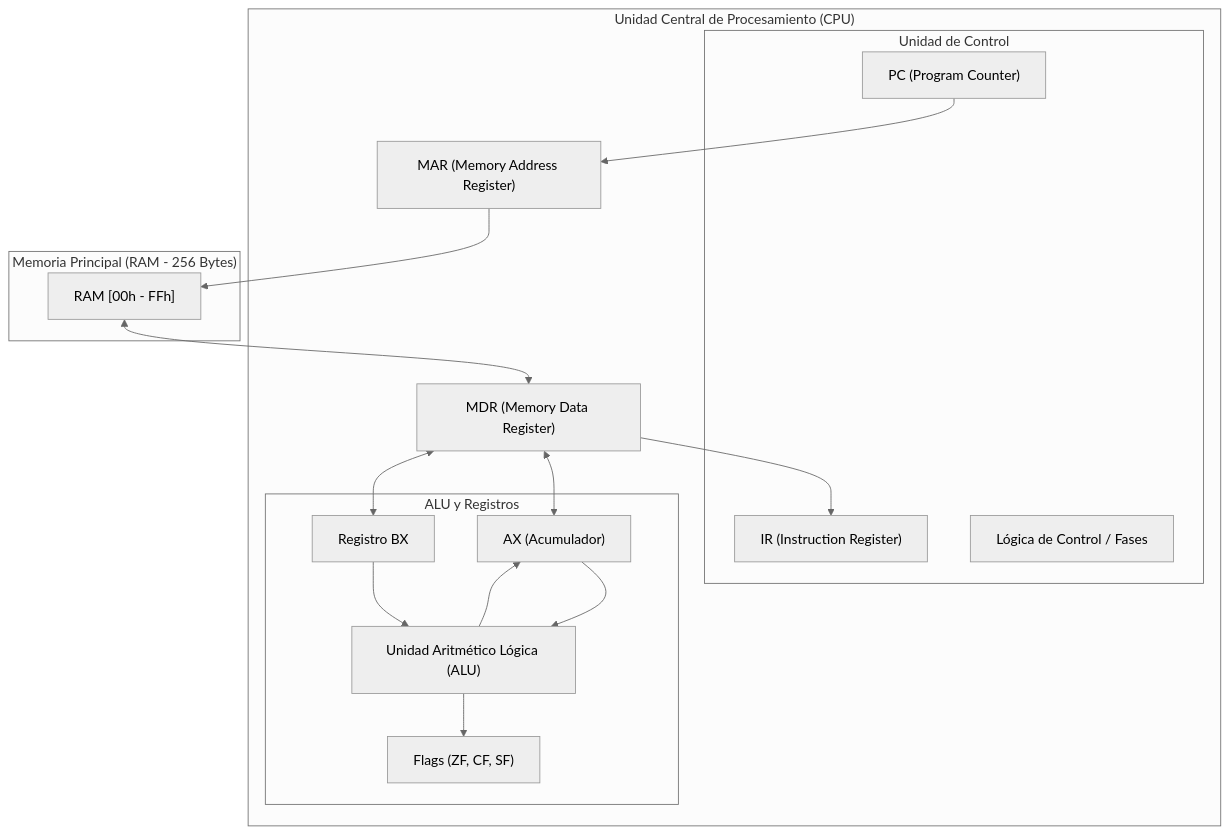
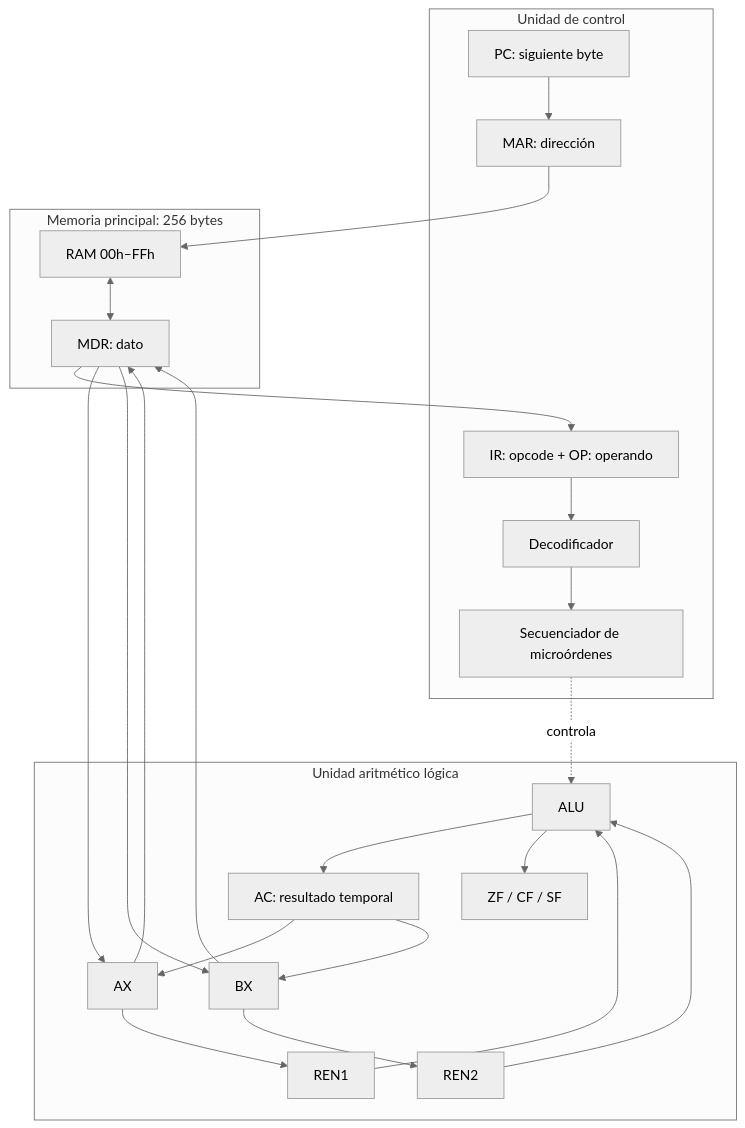
One commit to cristiancarvajal22/simulador-cpu-8bit changed the diagram in README.md. Above: the diagram before and after it, drawn with Mermaid (neutral theme). The commit also changed other lines of this file, not shown here.

````diff
--- a/README.md
+++ b/README.md
@@ -40,33 +34,28 @@
 ```mermaid
-graph TD
-    subgraph CPU ["Unidad Central de Procesamiento (CPU)"]
-        subgraph UC ["Unidad de Control"]
-            PC["PC (Program Counter)"]
-            IR["IR (Instruction Register)"]
-            ControlLogic["Lógica de Control / Fases"]
-        end
-        subgraph ALU_Module ["ALU y Registros"]
-            AX["AX (Acumulador)"]
-            BX["Registro BX"]
-            ALU["Unidad Aritmético Lógica (ALU)"]
-            Flags["Flags (ZF, CF, SF)"]
-        end
-        MAR["MAR (Memory Address Register)"]
-        MDR["MDR (Memory Data Register)"]
-    end
-
-    subgraph RAM_Module ["Memoria Principal (RAM - 256 Bytes)"]
-        RAM["RAM [00h - FFh]"]
-    end
-
-    PC --> MAR
-    MAR --> RAM
-    RAM <--> MDR
-    MDR --> IR
-    MDR <--> AX
-    MDR <--> BX
-    AX --> ALU
-    BX --> ALU
-    ALU --> Flags
-    ALU --> AX
+flowchart TB
+  subgraph UC[Unidad de control]
+    PC[PC: siguiente byte] --> MAR
+    IR[IR: opcode + OP: operando] --> DEC[Decodificador]
+    DEC --> SEC[Secuenciador de microórdenes]
+  end
+  subgraph UAL[Unidad aritmético lógica]
+    AX[AX] --> REN1
+    BX[BX] --> REN2
+    REN1 --> ALU
+    REN2 --> ALU
+    ALU --> AC[AC: resultado temporal]
+    ALU --> FLAGS[ZF / CF / SF]
+    AC --> AX
+    AC --> BX
+  end
+  subgraph MEM[Memoria principal: 256 bytes]
+    MAR[MAR: dirección] --> RAM[RAM 00h–FFh]
+    RAM <--> MDR[MDR: dato]
+  end
+  MDR --> IR
+  MDR --> AX
+  MDR --> BX
+  AX --> MDR
+  BX --> MDR
+  SEC -. controla .-> ALU
 ```
````
